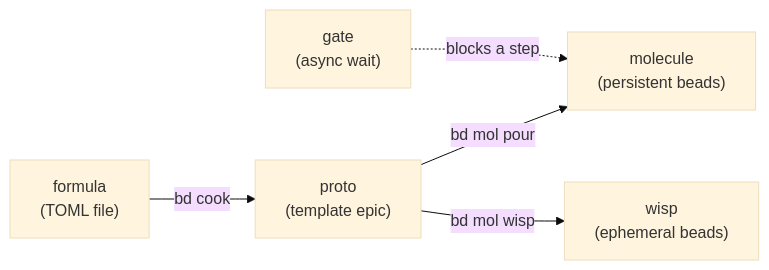
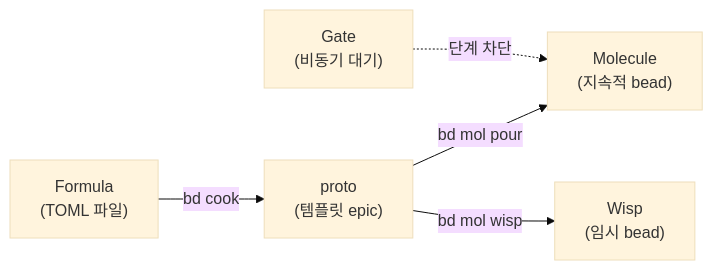
Before and after one commit to gastownhall/beads: the third of 4 diagrams in docs/core-concepts/index.md, drawn with Mermaid (base theme). The commit also changed other lines of this file and 179 other files, not shown here.

````diff
--- a/docs/core-concepts/index.md
+++ b/docs/core-concepts/index.md
@@ -94,7 +90,7 @@
 ```mermaid
 flowchart LR
-    formula["formula<br/>(TOML file)"] -->|bd cook| proto["proto<br/>(template epic)"]
-    proto -->|bd mol pour| mol["molecule<br/>(persistent beads)"]
-    proto -->|bd mol wisp| wisp["wisp<br/>(ephemeral beads)"]
-    gate["gate<br/>(async wait)"] -.blocks a step.-> mol
+    formula["Formula<br/>(TOML 파일)"] -->|bd cook| proto["proto<br/>(템플릿 epic)"]
+    proto -->|bd mol pour| mol["Molecule<br/>(지속적 bead)"]
+    proto -->|bd mol wisp| wisp["Wisp<br/>(임시 bead)"]
+    gate["Gate<br/>(비동기 대기)"] -.단계 차단.-> mol
 ```
````
